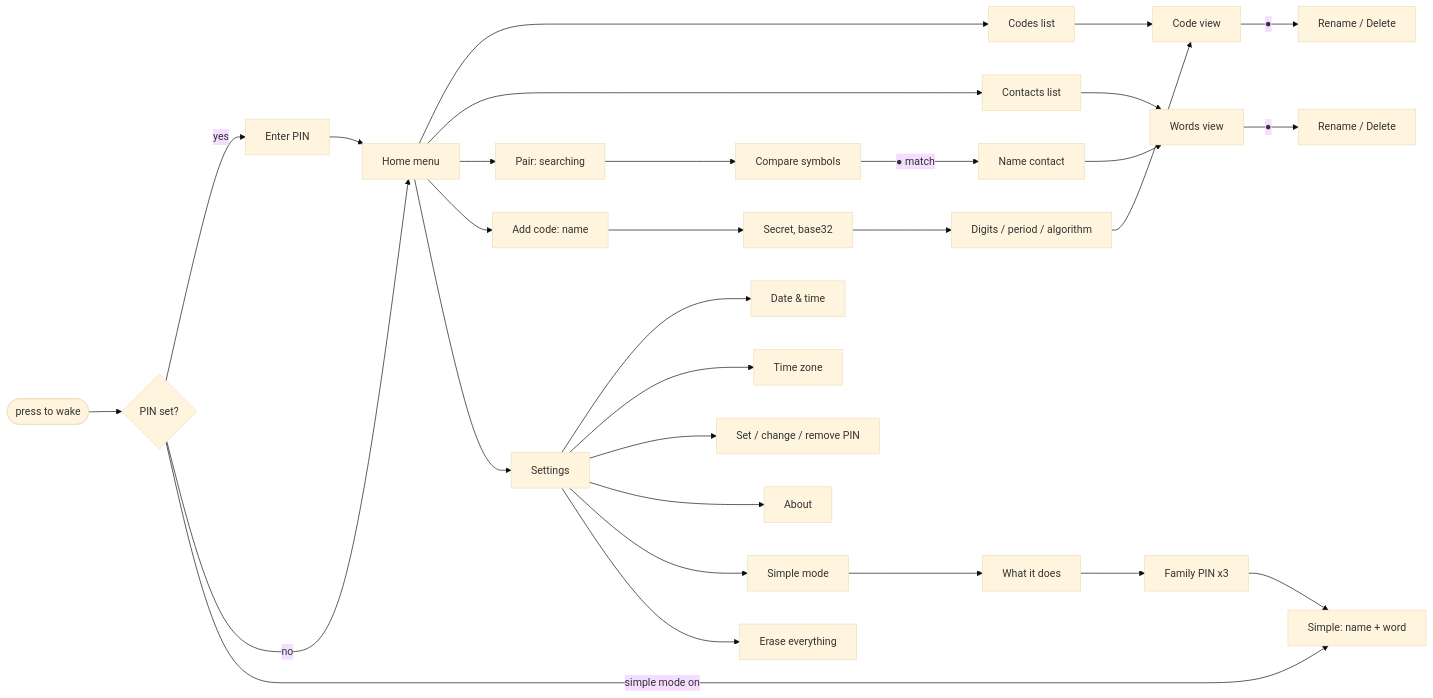
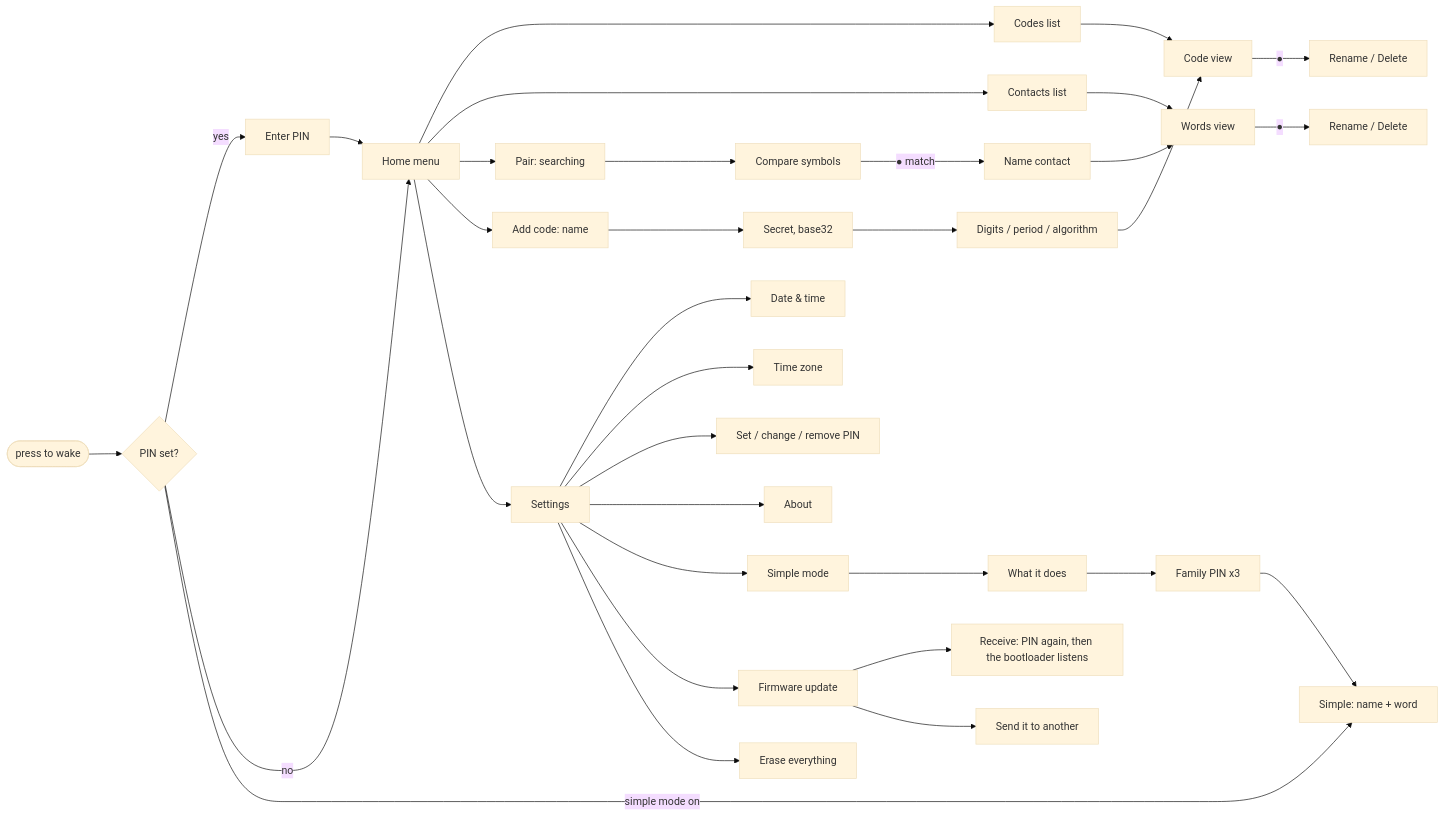
Before and after one commit to gemivnet/IRL2FA: the first of 2 diagrams in docs/ui-flows.md, drawn with Mermaid (base theme). The commit also changed other lines of this file and 76 other files, not shown here.

````diff
--- a/docs/ui-flows.md
+++ b/docs/ui-flows.md
@@ -46,20 +46,22 @@
 ```mermaid
 flowchart LR
     wake([press to wake]) --> pin{PIN set?}
     pin -- yes --> PIN[Enter PIN] --> home
     pin -- no --> home
     home[Home menu] --> codes[Codes list] --> code[Code view]
     code -- "●" --> codeopts[Rename / Delete]
     home --> contacts[Contacts list] --> contact[Words view]
     contact -- "●" --> contactopts[Rename / Delete]
     home --> pair[Pair: searching] --> sas[Compare symbols] -- "● match" --> name[Name contact] --> contact
     home --> add[Add code: name] --> secret[Secret, base32] --> opts[Digits / period / algorithm] --> code
     home --> settings[Settings]
     settings --> time[Date & time]
     settings --> tz[Time zone]
     settings --> setpin[Set / change / remove PIN]
     settings --> about[About]
     settings --> simple[Simple mode] --> intro[What it does] --> fpin[Family PIN x3] --> simplescr
+    settings --> fw[Firmware update] --> fwrx[Receive: PIN again, then the bootloader listens]
+    fw --> fwtx[Send it to another]
     settings --> wipe[Erase everything]
     pin -- "simple mode on" --> simplescr[Simple: name + word]
 ```
````
